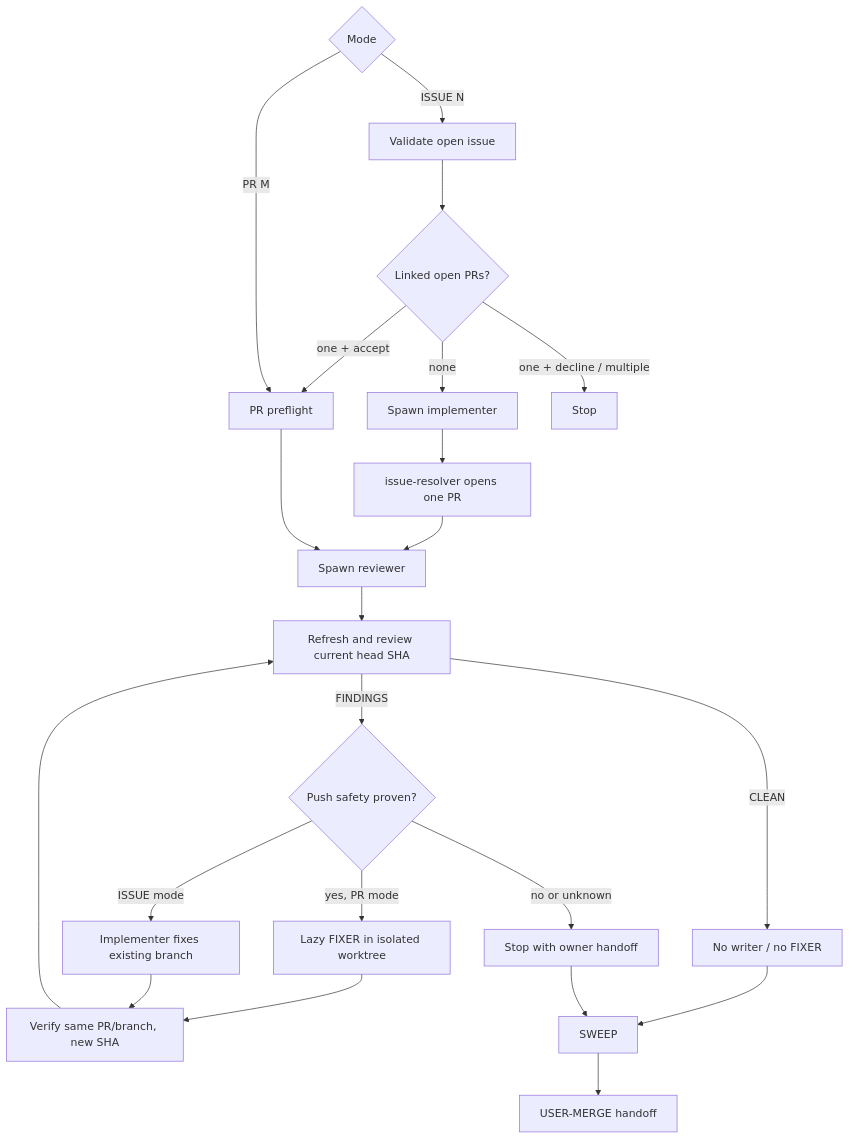
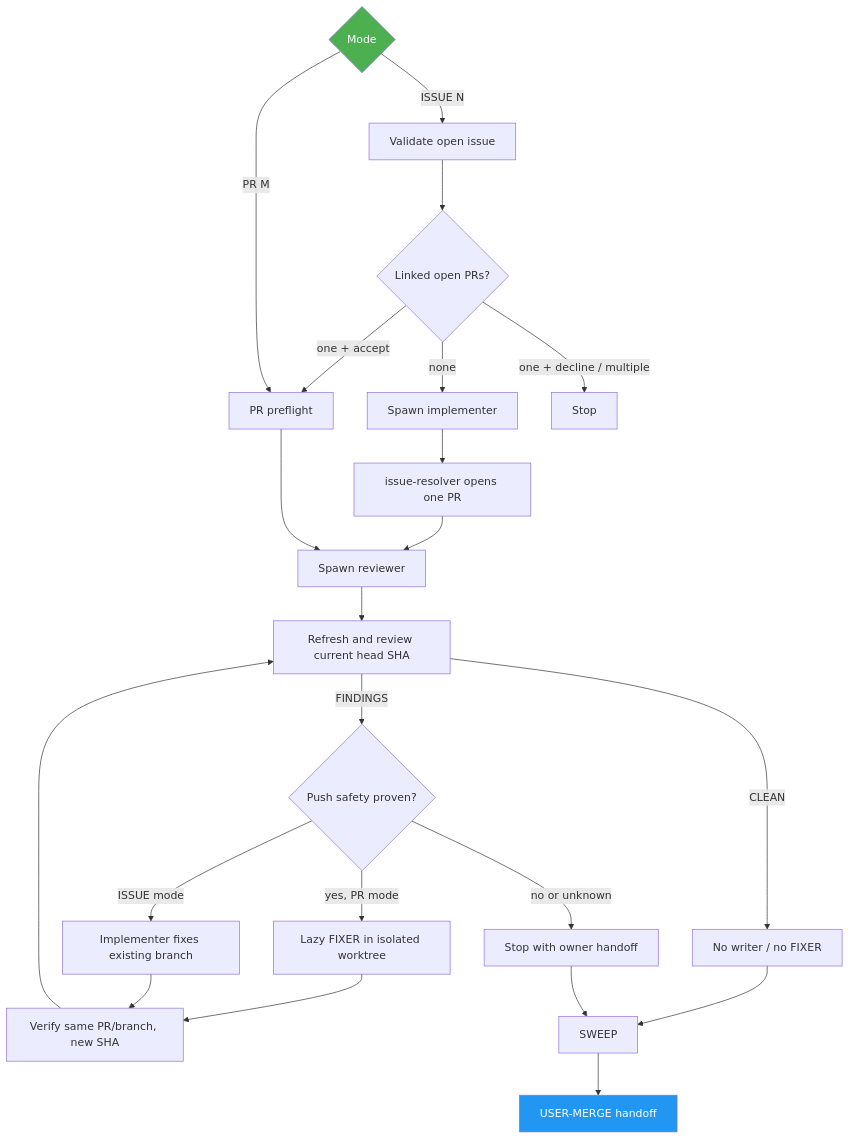
Before and after one commit to luongnv89/skills: the diagram in skills/issue-work-loop/docs/README.md, drawn with Mermaid. The commit also changed other lines of this file and 13 other files, not shown here.

````diff
--- a/skills/issue-work-loop/docs/README.md
+++ b/skills/issue-work-loop/docs/README.md
@@ -40,26 +41,28 @@
 ```mermaid
-flowchart TD
+graph TD
     S{Mode}
     S -->|ISSUE N| I[Validate open issue]
     I --> L{Linked open PRs?}
     L -->|none| IM[Spawn implementer]
     L -->|one + accept| P[PR preflight]
     L -->|one + decline / multiple| X[Stop]
     IM --> R0[issue-resolver opens one PR]
     R0 --> RV[Spawn reviewer]
 
     S -->|PR M| P
     P --> RV
     RV --> H[Refresh and review current head SHA]
     H -->|CLEAN| C[No writer / no FIXER]
     H -->|FINDINGS| PS{Push safety proven?}
     PS -->|no or unknown| B[Stop with owner handoff]
     PS -->|yes, PR mode| F[Lazy FIXER in isolated worktree]
     PS -->|ISSUE mode| IF[Implementer fixes existing branch]
     F --> V[Verify same PR/branch, new SHA]
     IF --> V
     V --> H
     C --> W[SWEEP]
     B --> W
     W --> U[USER-MERGE handoff]
+    style S fill:#4CAF50,color:#fff
+    style U fill:#2196F3,color:#fff
 ```
````
